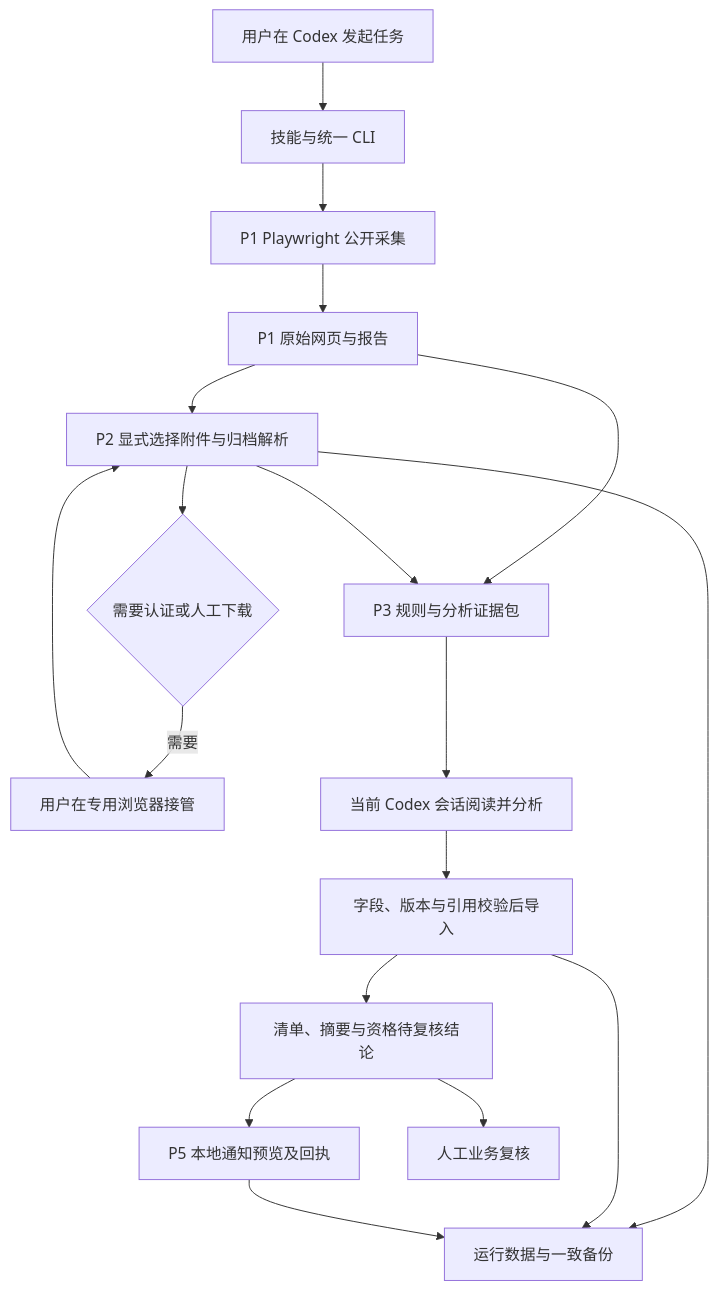
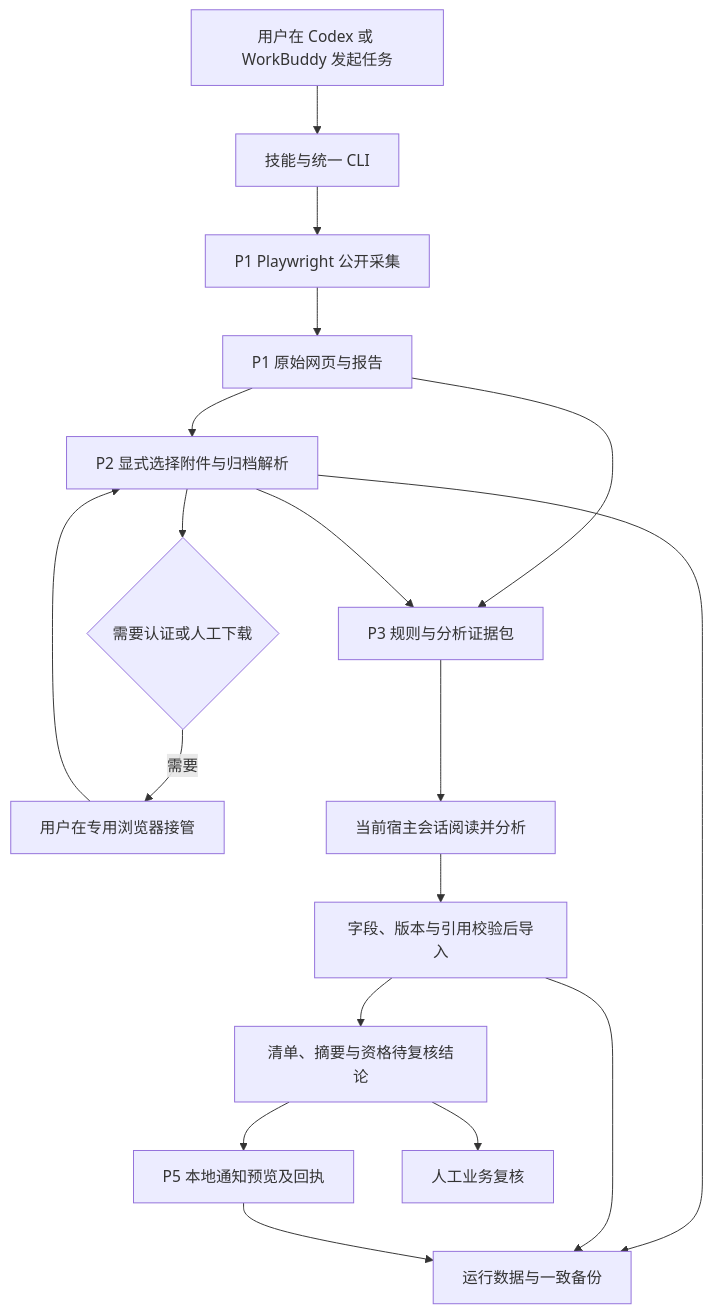
The diagram in docs/招投标助手最终技术方案.md (luoluocodex/tender-assistant), drawn with Mermaid before and after one commit. The commit also changed other lines of this file and 23 other files, not shown here.

````diff
--- a/docs/招投标助手最终技术方案.md
+++ b/docs/招投标助手最终技术方案.md
@@ -40,20 +40,20 @@
 ```mermaid
 flowchart TD
-    U[用户在 Codex 发起任务] --> S[技能与统一 CLI]
+    U[用户在 Codex 或 WorkBuddy 发起任务] --> S[技能与统一 CLI]
     S --> C[P1 Playwright 公开采集]
     C --> E[P1 原始网页与报告]
     E --> A[P2 显式选择附件与归档解析]
     A --> H{需要认证或人工下载}
     H -->|需要| M[用户在专用浏览器接管]
     M --> A
     E --> P[P3 规则与分析证据包]
     A --> P
-    P --> AI[当前 Codex 会话阅读并分析]
+    P --> AI[当前宿主会话阅读并分析]
     AI --> V[字段、版本与引用校验后导入]
     V --> R[清单、摘要与资格待复核结论]
     R --> N[P5 本地通知预览及回执]
     R --> B[人工业务复核]
     A --> D[运行数据与一致备份]
     V --> D
     N --> D
 ```
````
